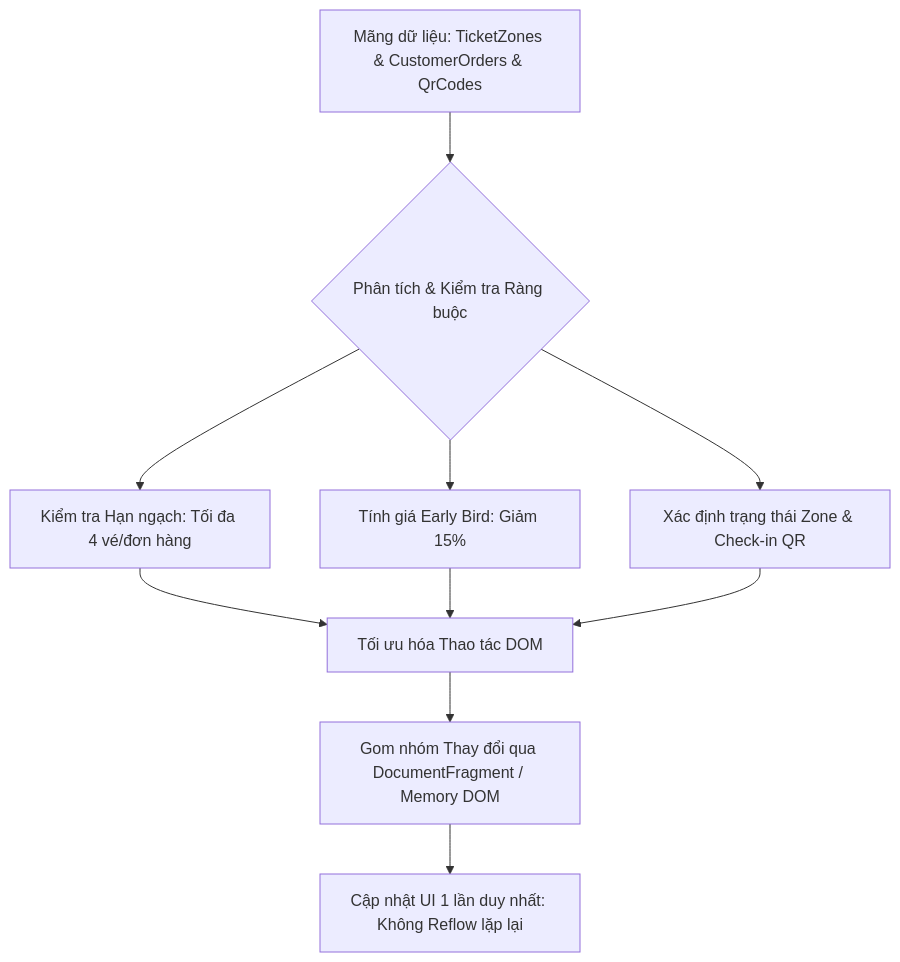
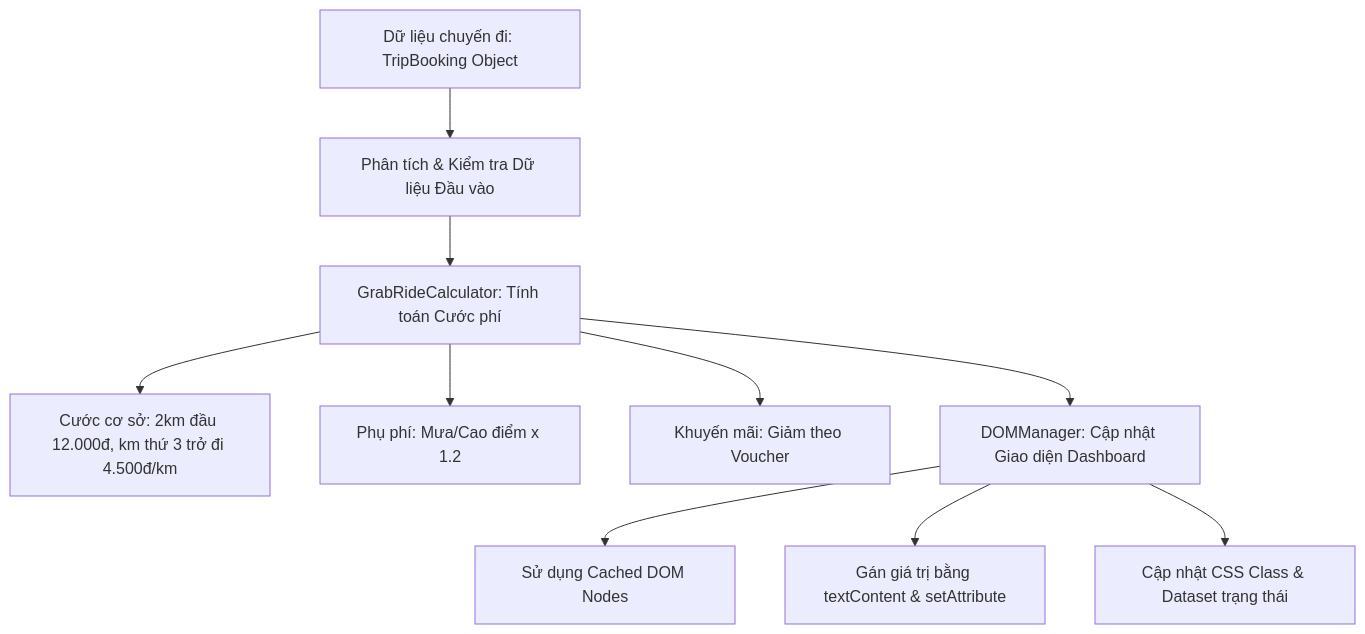
The diagram in output/pms/Phát_triển_ứng_dụng_web/Session 17 - Tương tác DOM API (Document Object Model)- Truy xuất và Thay đổi Nội dung/Bài tập/bai_tap_10.md (ngoquy12/learning_material), drawn with Mermaid before and after one commit. The commit also changed other lines of this file and 152 other files, not shown here.

Commit message:
feat(domain): implement Session Domain Anchor Architecture for 100% unified domain consistency across all session resources

````diff
--- a/output/pms/Phát_triển_ứng_dụng_web/Session 17 - Tương tác DOM API (Document Object Model)- Truy xuất và Thay đổi Nội dung/Bài tập/bai_tap_10.md
+++ b/output/pms/Phát_triển_ứng_dụng_web/Session 17 - Tương tác DOM API (Document Object Model)- Truy xuất và Thay đổi Nội dung/Bài tập/bai_tap_10.md
@@ -20,10 +22,12 @@
 ```mermaid
 graph TD
-    A[Mãng dữ liệu: TicketZones & CustomerOrders & QrCodes] --> B{Phân tích & Kiểm tra Ràng buộc}
-    B --> C[Kiểm tra Hạn ngạch: Tối đa 4 vé/đơn hàng]
-    B --> D[Tính giá Early Bird: Giảm 15%]
-    B --> E[Xác định trạng thái Zone & Check-in QR]
-    C & D & E --> F[Tối ưu hóa Thao tác DOM]
-    F --> G[Gom nhóm Thay đổi qua DocumentFragment / Memory DOM]
-    G --> H[Cập nhật UI 1 lần duy nhất: Không Reflow lặp lại]
+    A[Dữ liệu chuyến đi: TripBooking Object] --> B[Phân tích & Kiểm tra Dữ liệu Đầu vào]
+    B --> C[GrabRideCalculator: Tính toán Cước phí]
+    C --> C1[Cước cơ sở: 2km đầu 12.000đ, km thứ 3 trở đi 4.500đ/km]
+    C --> C2[Phụ phí: Mưa/Cao điểm x 1.2]
+    C --> C3[Khuyến mãi: Giảm theo Voucher]
+    C --> D[DOMManager: Cập nhật Giao diện Dashboard]
+    D --> D1[Sử dụng Cached DOM Nodes]
+    D --> D2[Gán giá trị bằng textContent & setAttribute]
+    D --> D3[Cập nhật CSS Class & Dataset trạng thái]
 ```
````
